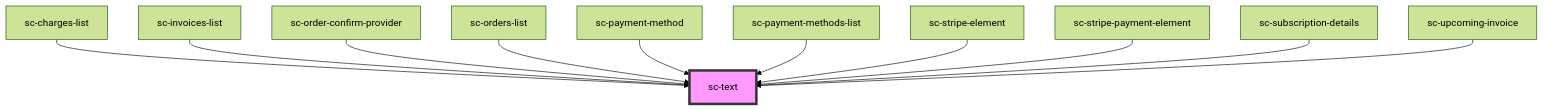
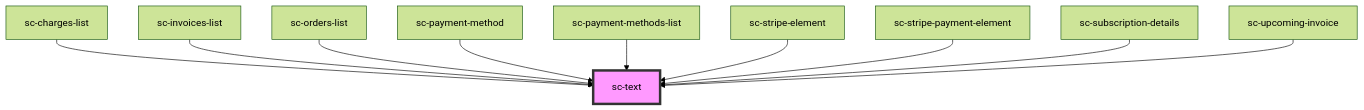
The diagram in packages/components/src/components/ui/text/readme.md (surecart/surecart-wp-plugin), drawn with Mermaid (forest theme) before and after one commit. The commit also changed other lines of this file and 10 other files, not shown here.

````diff
--- a/packages/components/src/components/ui/text/readme.md
+++ b/packages/components/src/components/ui/text/readme.md
@@ -32,14 +31,13 @@
 ```mermaid
 graph TD;
   sc-charges-list --> sc-text
   sc-invoices-list --> sc-text
-  sc-order-confirm-provider --> sc-text
   sc-orders-list --> sc-text
   sc-payment-method --> sc-text
   sc-payment-methods-list --> sc-text
   sc-stripe-element --> sc-text
   sc-stripe-payment-element --> sc-text
   sc-subscription-details --> sc-text
   sc-upcoming-invoice --> sc-text
   style sc-text fill:#f9f,stroke:#333,stroke-width:4px
 ```
````
